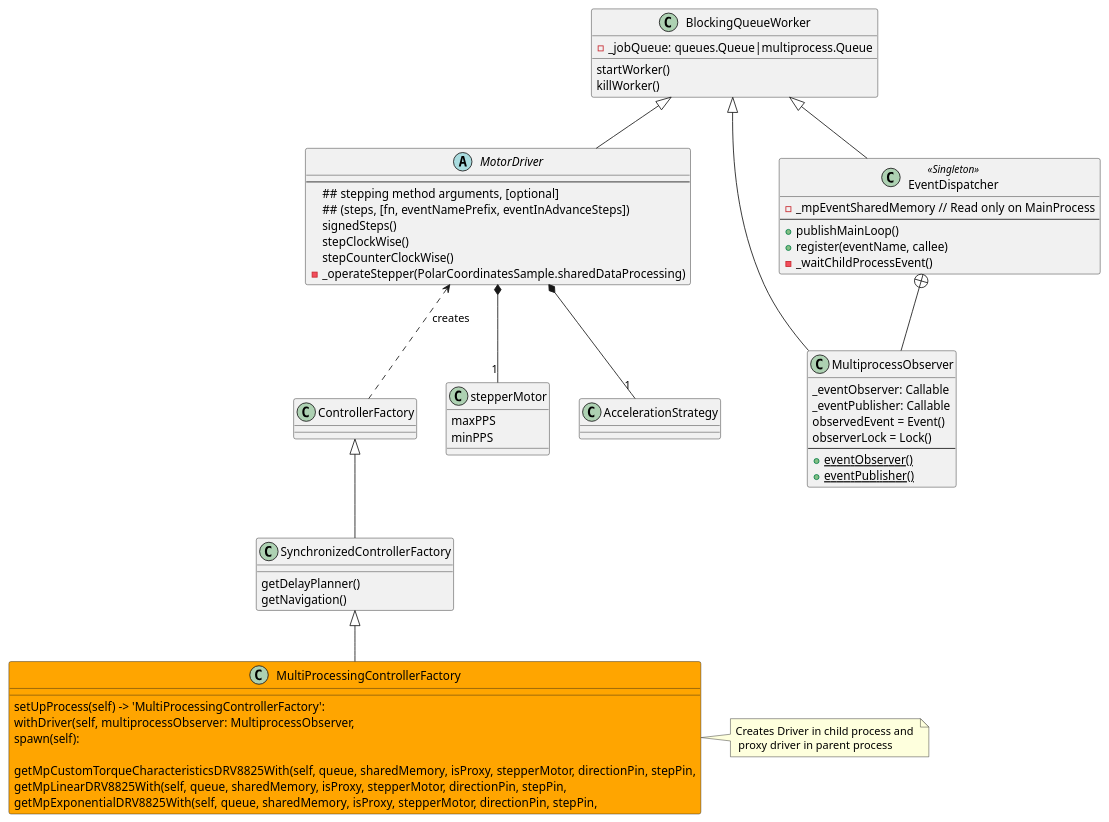
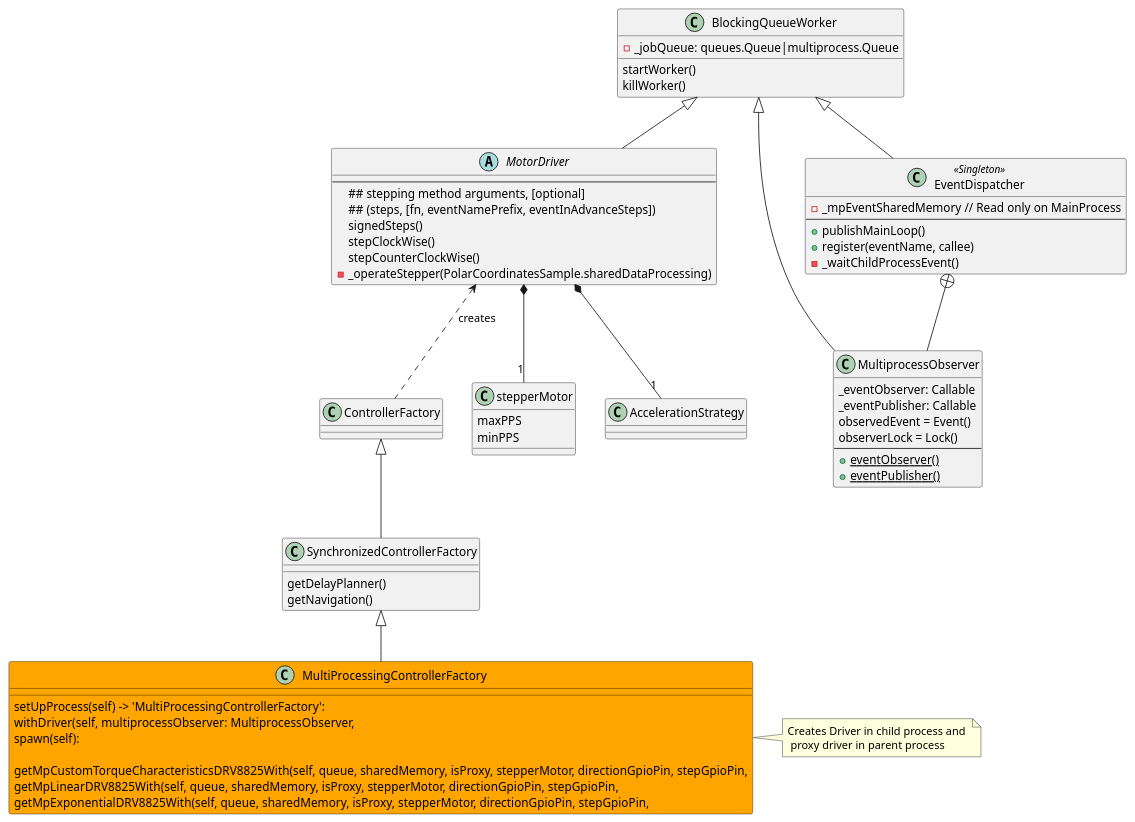
The diagram in doc/multiprocessStruct.puml (juanmf/StepperMotors), drawn with PlantUML before and after one commit. The commit also changed 7 other files, not shown here.

```diff
--- a/doc/multiprocessStruct.puml
+++ b/doc/multiprocessStruct.puml
@@ -1,71 +1,71 @@
 @startuml
 'https://plantuml.com/class-diagram
 class EventDispatcher as "EventDispatcher" <<Singleton>> {
 - _mpEventSharedMemory // Read only on MainProcess
 --
 + publishMainLoop()
 + register(eventName, callee)
 - _waitChildProcessEvent()
 }
 
 class MultiprocessObserver {
 _eventObserver: Callable
 _eventPublisher: Callable
 observedEvent = Event()
 observerLock = Lock()
 --
 + {static} eventObserver()
 + {static} eventPublisher()
 }
 
 abstract class MotorDriver as "MotorDriver" {
 --
 ## stepping method arguments, [optional]
 ## (steps, [fn, eventNamePrefix, eventInAdvanceSteps])
 signedSteps()
 stepClockWise()
 stepCounterClockWise()
 - _operateStepper(PolarCoordinatesSample.sharedDataProcessing)
 }
 
 class MultiProcessingControllerFactory #Orange {
 setUpProcess(self) -> 'MultiProcessingControllerFactory':
 withDriver(self, multiprocessObserver: MultiprocessObserver,
 spawn(self):
 
-getMpCustomTorqueCharacteristicsDRV8825With(self, queue, sharedMemory, isProxy, stepperMotor, directionPin, stepPin,
-getMpLinearDRV8825With(self, queue, sharedMemory, isProxy, stepperMotor, directionPin, stepPin,
-getMpExponentialDRV8825With(self, queue, sharedMemory, isProxy, stepperMotor, directionPin, stepPin,
+getMpCustomTorqueCharacteristicsDRV8825With(self, queue, sharedMemory, isProxy, stepperMotor, directionGpioPin, stepGpioPin,
+getMpLinearDRV8825With(self, queue, sharedMemory, isProxy, stepperMotor, directionGpioPin, stepGpioPin,
+getMpExponentialDRV8825With(self, queue, sharedMemory, isProxy, stepperMotor, directionGpioPin, stepGpioPin,
 }
 
 note right: Creates Driver in child process and \n proxy driver in parent process
 
 class SynchronizedControllerFactory {
 getDelayPlanner()
 getNavigation()
 }
 
 
 class BlockingQueueWorker {
     - _jobQueue: queues.Queue|multiprocess.Queue
     startWorker()
     killWorker()
 }
 
 class stepperMotor {
 maxPPS
 minPPS
 }
 
 EventDispatcher -up-|> BlockingQueueWorker
 MotorDriver -up-|> BlockingQueueWorker
 MultiprocessObserver -up|> BlockingQueueWorker
 SynchronizedControllerFactory -up-|> ControllerFactory
 MultiProcessingControllerFactory -up-|> SynchronizedControllerFactory
 
 EventDispatcher +-- MultiprocessObserver
 MotorDriver *-- "1" stepperMotor
 MotorDriver *-- "1" AccelerationStrategy
 
 ControllerFactory .up.> MotorDriver : creates
 @enduml
```
